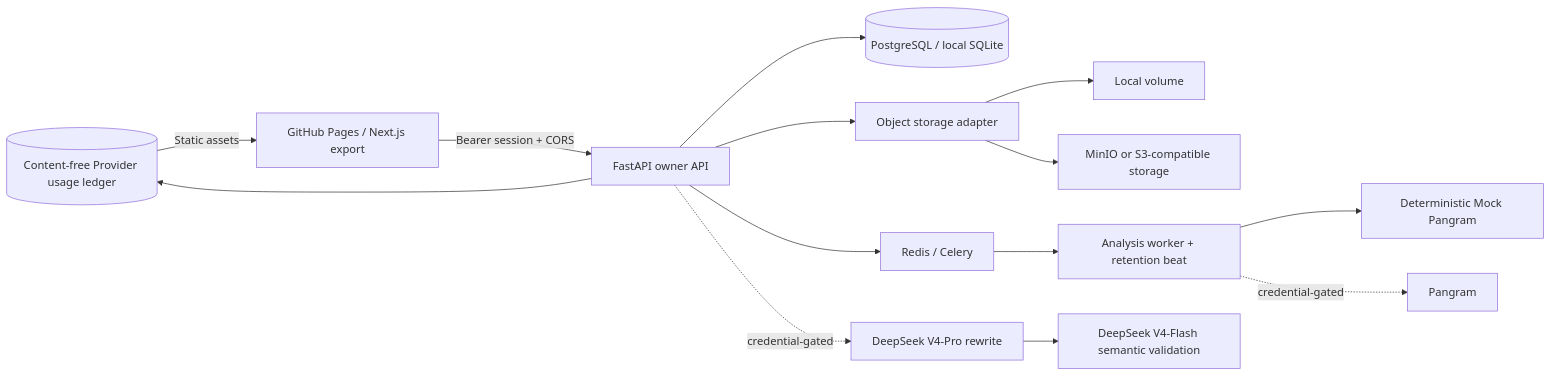
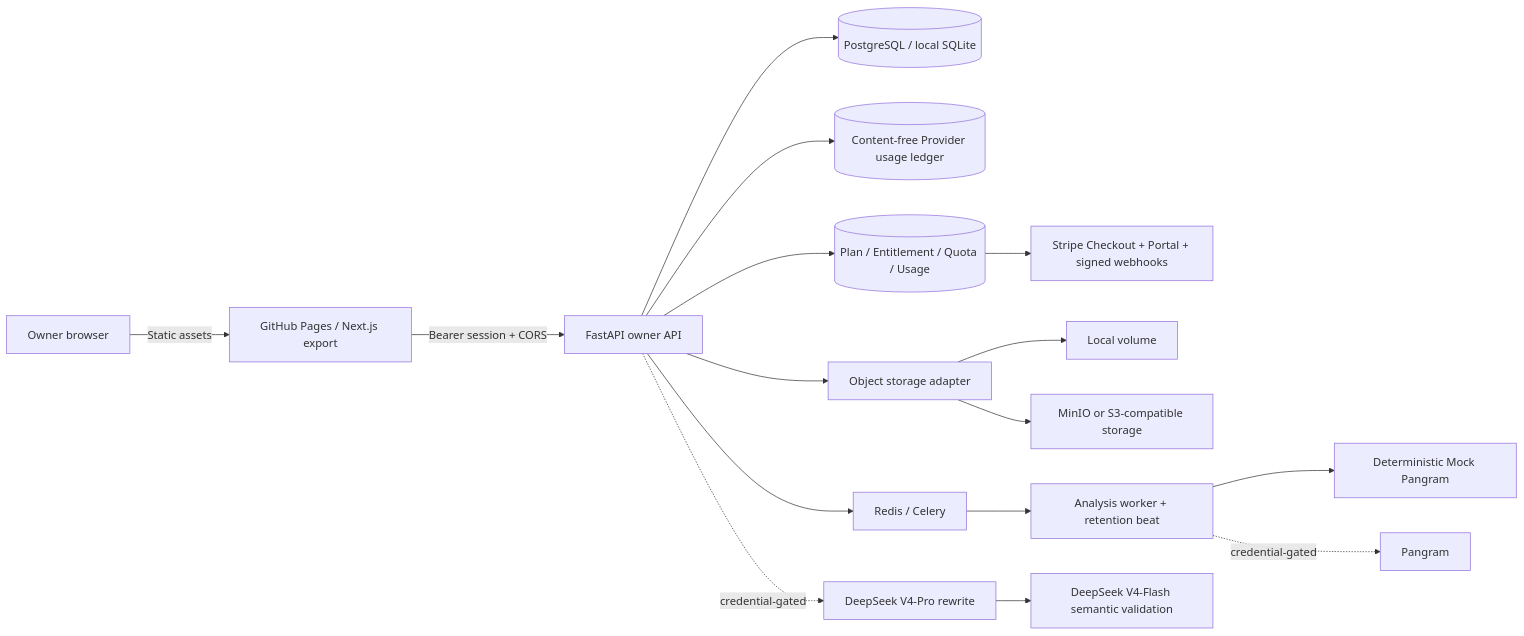
The diagram in docs/ARCHITECTURE.md (k8w98rr595-blip/academic-writing-agent), drawn with Mermaid before and after one commit. The commit also changed other lines of this file and 40 other files, not shown here.

````diff
--- a/docs/ARCHITECTURE.md
+++ b/docs/ARCHITECTURE.md
@@ -5,16 +5,18 @@
 ```mermaid
 flowchart LR
   U["Owner browser"] -->|"Static assets"| P["GitHub Pages / Next.js export"]
   P -->|"Bearer session + CORS"| A["FastAPI owner API"]
   A --> D[("PostgreSQL / local SQLite")]
-  A --> U[("Content-free Provider usage ledger")]
+  A --> PU[("Content-free Provider usage ledger")]
+  A --> B[("Plan / Entitlement / Quota / Usage")]
+  B --> S["Stripe Checkout + Portal + signed webhooks"]
   A --> O["Object storage adapter"]
   O --> L["Local volume"]
   O --> M["MinIO or S3-compatible storage"]
   A --> Q["Redis / Celery"]
   Q --> W["Analysis worker + retention beat"]
   W --> DP["Deterministic Mock Pangram"]
   W -. "credential-gated" .-> PG["Pangram"]
   A -. "credential-gated" .-> DS["DeepSeek V4-Pro rewrite"]
   DS --> DV["DeepSeek V4-Flash semantic validation"]
 ```
````
